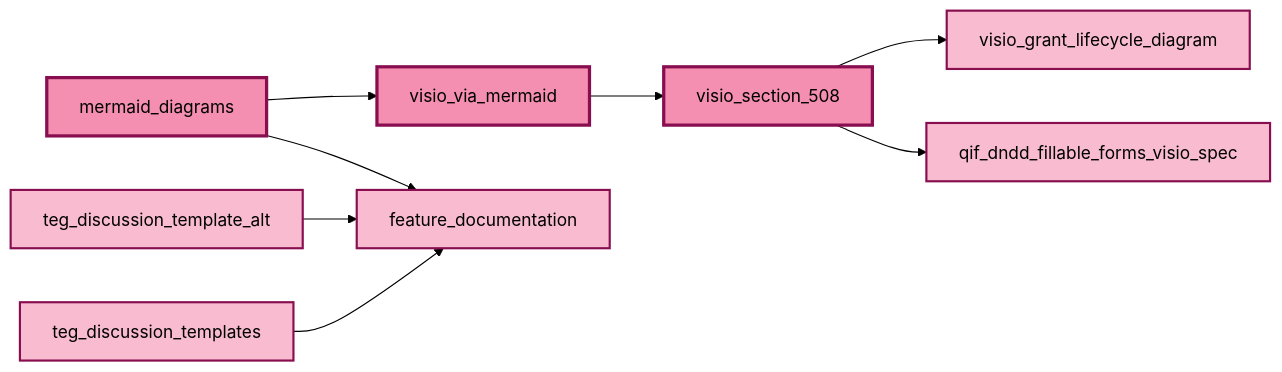
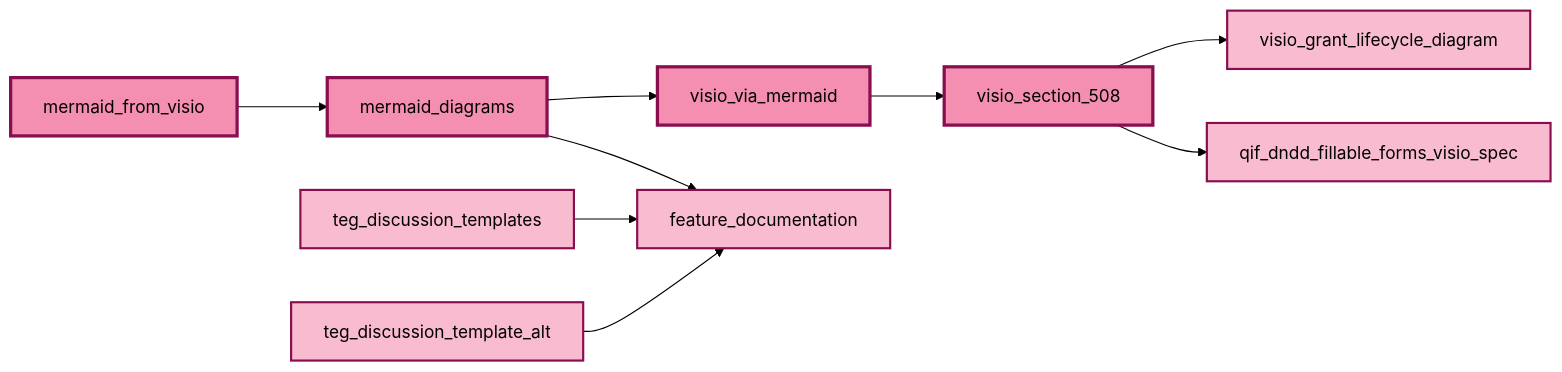
The fifth of 6 diagrams in README.md (adourish/skills), drawn with Mermaid (forest theme) before and after one commit. The commit also changed other lines of this file and 1 other file, not shown here.

First line of the commit message:
Add mermaid_from_visio skill - Convert Visio to Mermaid

````diff
--- a/README.md
+++ b/README.md
@@ -213,21 +215,24 @@
 ```mermaid
 graph LR
     MD[mermaid_diagrams] --> VVM[visio_via_mermaid]
     VVM --> V508[visio_section_508]
+    
+    MFV[mermaid_from_visio] --> MD
     
     V508 --> VGL[visio_grant_lifecycle_diagram]
     V508 --> QIF[qif_dndd_fillable_forms_visio_spec]
     
     TEG[teg_discussion_templates] --> FD[feature_documentation]
     TEGA[teg_discussion_template_alt] --> FD
     MD --> FD
     
     style MD fill:#f48fb1,stroke:#880e4f,stroke-width:3px
     style VVM fill:#f48fb1,stroke:#880e4f,stroke-width:3px
+    style MFV fill:#f48fb1,stroke:#880e4f,stroke-width:3px
     style V508 fill:#f48fb1,stroke:#880e4f,stroke-width:3px
     style TEG fill:#f8bbd0,stroke:#880e4f,stroke-width:2px
     style TEGA fill:#f8bbd0,stroke:#880e4f,stroke-width:2px
     style FD fill:#f8bbd0,stroke:#880e4f,stroke-width:2px
     style VGL fill:#f8bbd0,stroke:#880e4f,stroke-width:2px
     style QIF fill:#f8bbd0,stroke:#880e4f,stroke-width:2px
 ```
````
